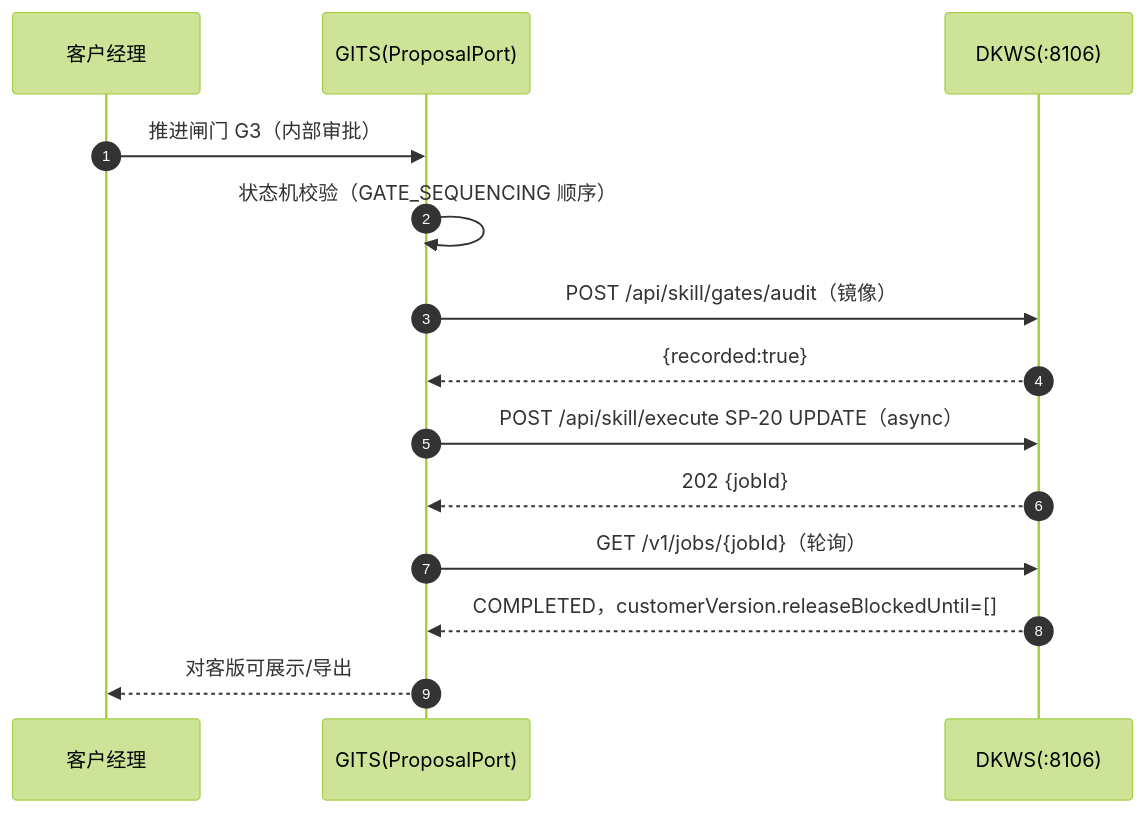
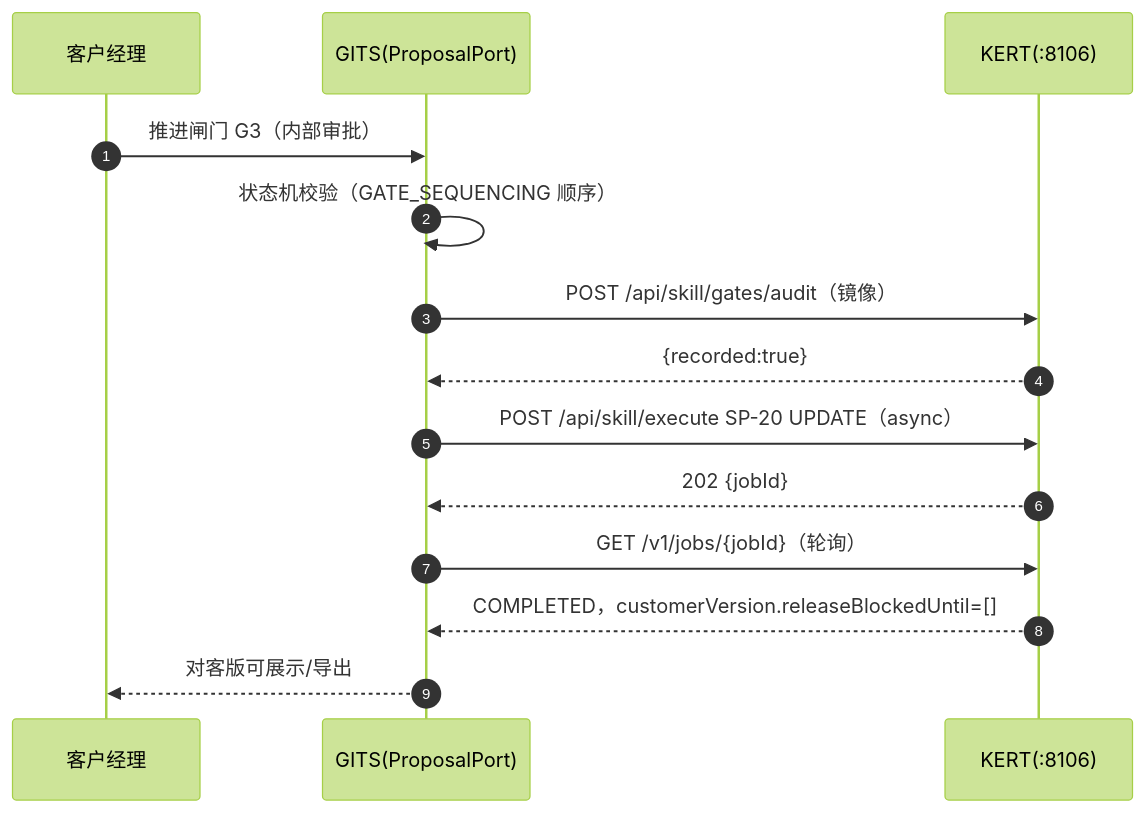
Before and after one commit to shaozhongfei001/Leibniz-KERT: the first of 2 diagrams in docs/gits-integration-samples-v14.md, drawn with Mermaid (forest theme). The commit also changed other lines of this file and 521 other files, not shown here.

First line of the commit message:
refactor: rename dkws to kert across repository

````diff
--- a/docs/gits-integration-samples-v14.md
+++ b/docs/gits-integration-samples-v14.md
@@ -241,16 +241,16 @@
 ```mermaid
 sequenceDiagram
     autonumber
     participant RM as 客户经理
     participant G as GITS(ProposalPort)
-    participant D as DKWS(:8106)
+    participant D as KERT(:8106)
     RM->>G: 推进闸门 G3（内部审批）
     G->>G: 状态机校验（GATE_SEQUENCING 顺序）
     G->>D: POST /api/skill/gates/audit（镜像）
     D-->>G: {recorded:true}
     G->>D: POST /api/skill/execute SP-20 UPDATE（async）
     D-->>G: 202 {jobId}
     G->>D: GET /v1/jobs/{jobId}（轮询）
     D-->>G: COMPLETED，customerVersion.releaseBlockedUntil=[]
     G-->>RM: 对客版可展示/导出
 ```
````
